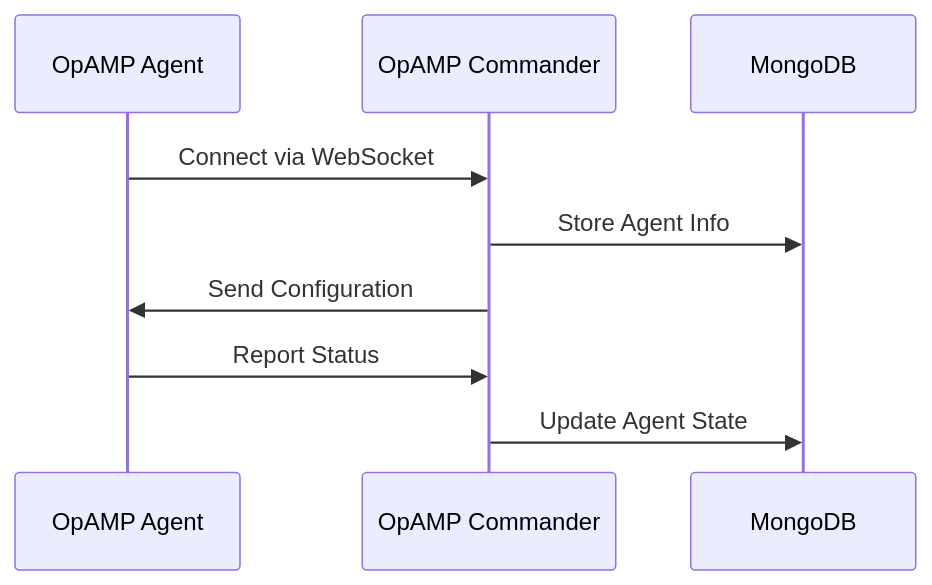
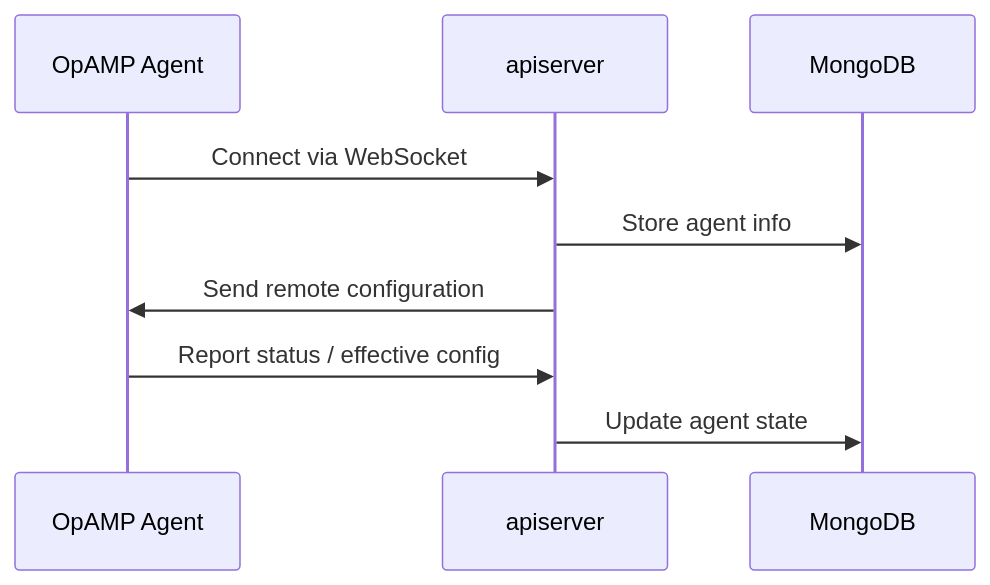
The second of 3 diagrams in docs/content/en/docs/overview/_index.md (minuk-dev/opampcommander), drawn with Mermaid before and after one commit. The commit also changed other lines of this file and 15 other files, not shown here.

````diff
--- a/docs/content/en/docs/overview/_index.md
+++ b/docs/content/en/docs/overview/_index.md
@@ -68,12 +73,12 @@
 ```mermaid
 sequenceDiagram
     participant Agent as OpAMP Agent
-    participant Server as OpAMP Commander
+    participant Server as apiserver
     participant DB as MongoDB
 
     Agent->>Server: Connect via WebSocket
-    Server->>DB: Store Agent Info
-    Server->>Agent: Send Configuration
-    Agent->>Server: Report Status
-    Server->>DB: Update Agent State
+    Server->>DB: Store agent info
+    Server->>Agent: Send remote configuration
+    Agent->>Server: Report status / effective config
+    Server->>DB: Update agent state
 ```
````
